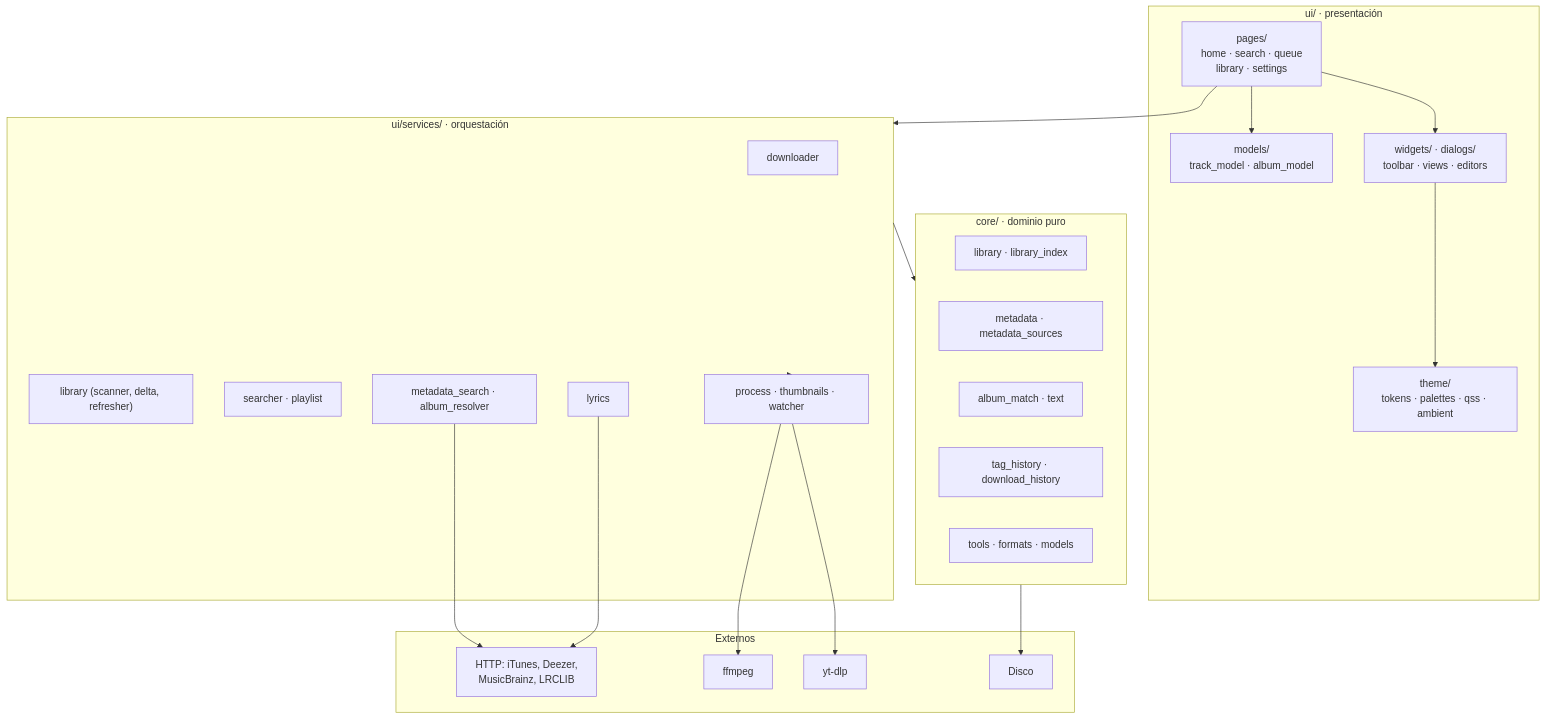
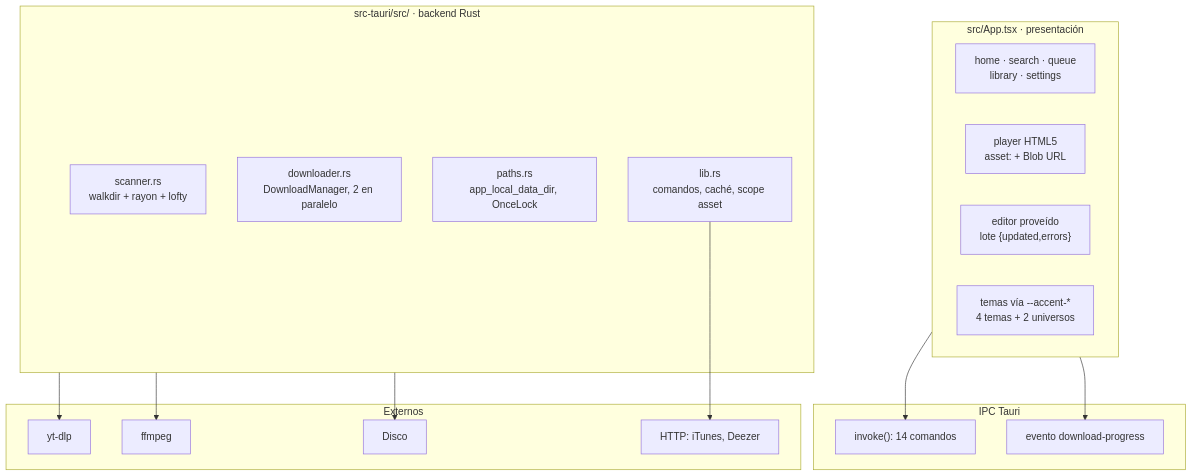
The second of 6 diagrams in docs/arquitectura.md (YordanoCS1/sakura-music), drawn with Mermaid before and after one commit. The commit also changed other lines of this file and 67 other files, not shown here.

````diff
--- a/docs/arquitectura.md
+++ b/docs/arquitectura.md
@@ -28,45 +26,35 @@
 ```mermaid
 flowchart TB
-    subgraph UI["ui/ · presentación"]
-        PAGES["pages/<br/>home · search · queue<br/>library · settings"]
-        WIDGETS["widgets/ · dialogs/<br/>toolbar · views · editors"]
-        MODELS["models/<br/>track_model · album_model"]
-        THEME["theme/<br/>tokens · palettes · qss · ambient"]
+    subgraph UI["src/App.tsx · presentación"]
+        HOME["home · search · queue<br/>library · settings"]
+        PLAYER["player HTML5<br/>asset: + Blob URL"]
+        EDITOR["editor proveído<br/>lote {updated,errors}"]
+        THEME["temas vía --accent-*<br/>4 temas + 2 universos"]
     end
 
-    subgraph SERVICES["ui/services/ · orquestación"]
-        DL["downloader"]
-        SCAN["library (scanner, delta, refresher)"]
-        SEARCH["searcher · playlist"]
-        META["metadata_search · album_resolver"]
-        LYR["lyrics"]
-        PROC["process · thumbnails · watcher"]
+    subgraph IPC["IPC Tauri"]
+        CMD["invoke(): 14 comandos"]
+        EVT["evento download-progress"]
     end
 
-    subgraph CORE["core/ · dominio puro"]
-        LIB["library · library_index"]
-        MD["metadata · metadata_sources"]
-        MATCH["album_match · text"]
-        HIST["tag_history · download_history"]
-        TOOLS["tools · formats · models"]
+    subgraph CORE["src-tauri/src/ · backend Rust"]
+        SCAN["scanner.rs<br/>walkdir + rayon + lofty"]
+        DL["downloader.rs<br/>DownloadManager, 2 en paralelo"]
+        PATH["paths.rs<br/>app_local_data_dir, OnceLock"]
+        LIB["lib.rs<br/>comandos, caché, scope asset"]
     end
 
     subgraph EXT["Externos"]
         YTDLP["yt-dlp"]
         FFMPEG["ffmpeg"]
-        NET["HTTP: iTunes, Deezer,<br/>MusicBrainz, LRCLIB"]
+        NET["HTTP: iTunes, Deezer"]
         DISK["Disco"]
     end
 
-    PAGES --> WIDGETS
-    PAGES --> MODELS
-    PAGES --> SERVICES
-    WIDGETS --> THEME
-    SERVICES --> CORE
-    SERVICES --> PROC
-    PROC --> YTDLP
-    PROC --> FFMPEG
-    META --> NET
-    LYR --> NET
+    UI --> CMD
+    UI --> EVT
+    CORE --> YTDLP
+    CORE --> FFMPEG
+    LIB --> NET
     CORE --> DISK
 ```
````
